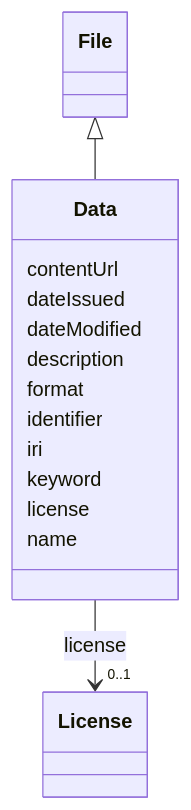
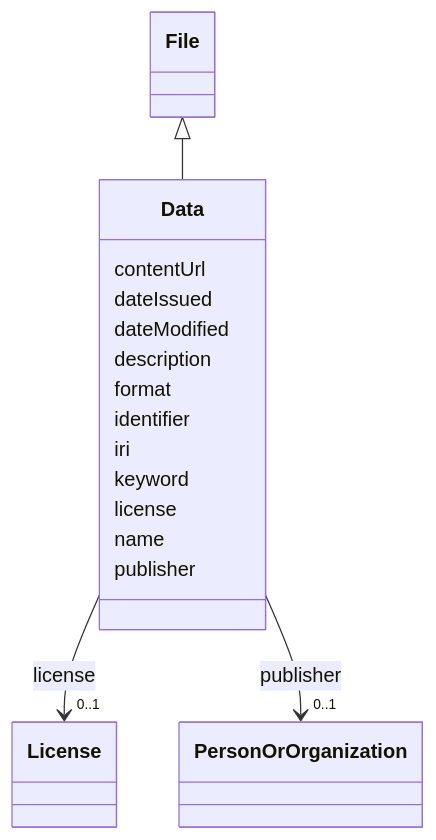
One commit to EVORA-project/evora-ontology changed the diagram in models/docs/Data.md. Above: the diagram before and after it, drawn with Mermaid. The commit also changed other lines of this file and 468 other files, not shown here.

````diff
--- a/models/docs/Data.md
+++ b/models/docs/Data.md
@@ -19,36 +19,45 @@
 ```mermaid
  classDiagram
     class Data
     click Data href "../Data"
       File <|-- Data
         click File href "../File"
       
       Data : contentUrl
         
       Data : dateIssued
         
       Data : dateModified
         
       Data : description
         
       Data : format
         
       Data : identifier
         
       Data : iri
         
       Data : keyword
         
       Data : license
         
           
     
     
     Data --> "0..1" License : license
     click License href "../License"
 
         
       Data : name
         
+      Data : publisher
+        
+          
+    
+    
+    Data --> "0..1" PersonOrOrganization : publisher
+    click PersonOrOrganization href "../PersonOrOrganization"
+
+        
       
 ```
````
